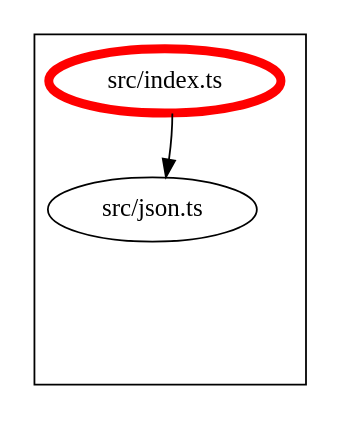
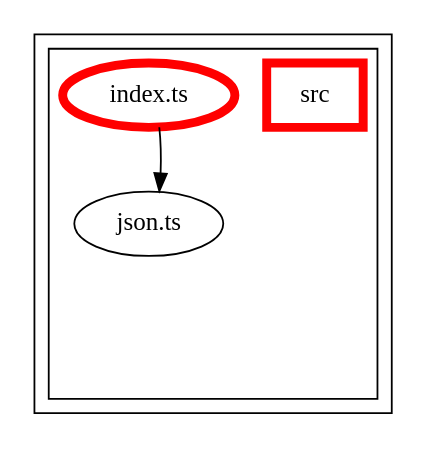
Before and after one commit to Siteimprove/alfa-integrations: the diagram in packages/alfa-formatter-json/docs/dependency-graph.dot, drawn with Graphviz. The commit also changed 53 other files, not shown here.

Commit message:
Update dependency graphs

```diff
--- a/packages/alfa-formatter-json/docs/dependency-graph.dot
+++ b/packages/alfa-formatter-json/docs/dependency-graph.dot
@@ -1,32 +1,51 @@
 digraph "dependency-graph-@siteimprove/alfa-formatter-json" {
   compound = true;
   "src/json.ts";
   subgraph "cluster_src" {
     color = "#000000";
     label = "";
-    "src/index.ts" [
-      label = "src/index.ts";
-      color = "#ff0000";
-      penwidth = 5;
-    ];
     "exit_src" [
       style = "invis";
     ];
-    "src/json.ts" [
-      label = "src/json.ts";
-    ];
-    "src/index.ts" -> "exit_src" [
+    subgraph "cluster_src" {
+      color = "#000000";
+      label = "";
+      "name_src" [
+        penwidth = 5;
+        shape = "rectangle";
+        color = "#ff0000";
+        label = "src";
+      ];
+      "exit_src" [
+        style = "invis";
+      ];
+      "src/index.ts" [
+        label = "index.ts";
+        color = "#ff0000";
+        penwidth = 5;
+      ];
+      "src/json.ts" [
+        label = "json.ts";
+      ];
+      "src/index.ts" -> "exit_src" [
+        style = "invis";
+      ];
+      "src/json.ts" -> "exit_src" [
+        style = "invis";
+      ];
+    }
+    "exit_src" -> "exit_src" [
       style = "invis";
     ];
-    "src/json.ts" -> "exit_src" [
+    "exit_src" -> "exit_src" [
       style = "invis";
     ];
   }
   "src/index.ts" -> "src/json.ts" [
     style = "invis";
   ];
   "src/index.ts" -> "src/json.ts" [
     style = "solid";
     color = "black";
   ];
 }
```
